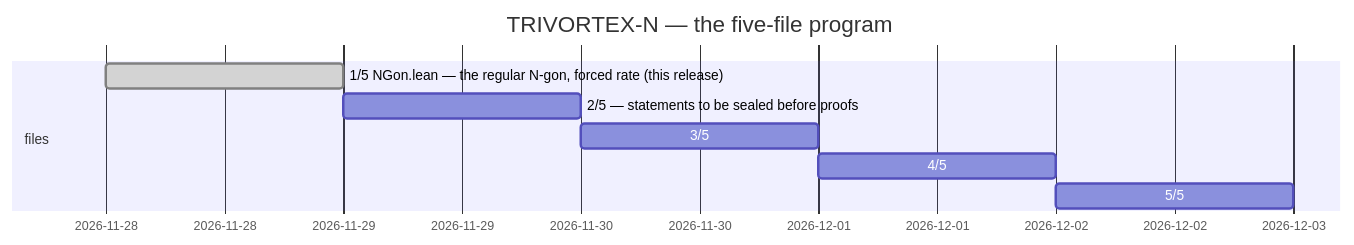
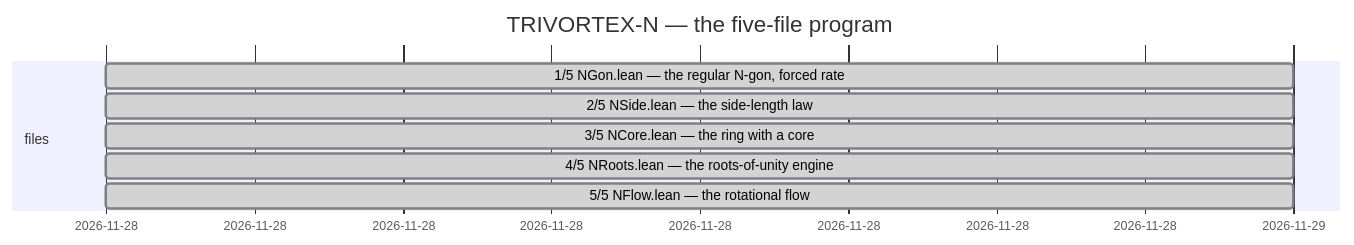
The fourth of 4 diagrams in verification/NGoen_lean4/README.md (wild8highlander/Trivortex), drawn with Mermaid before and after one commit. The commit also changed other lines of this file and 32 other files, not shown here.

````diff
--- a/verification/NGoen_lean4/README.md
+++ b/verification/NGoen_lean4/README.md
@@ -422,11 +430,11 @@
 ```mermaid
 gantt
   title TRIVORTEX-N — the five-file program
   dateFormat YYYY-MM-DD
   section files
-  1/5 NGon.lean — the regular N-gon, forced rate (this release) :done, f1, 2026-11-28, 1d
-  2/5 — statements to be sealed before proofs                    :f2, after f1, 1d
-  3/5                                                            :f3, after f2, 1d
-  4/5                                                            :f4, after f3, 1d
-  5/5                                                            :f5, after f4, 1d
+  1/5 NGon.lean — the regular N-gon, forced rate      :done, f1, 2026-11-28, 1d
+  2/5 NSide.lean — the side-length law                :done, f2, 2026-11-28, 1d
+  3/5 NCore.lean — the ring with a core               :done, f3, 2026-11-28, 1d
+  4/5 NRoots.lean — the roots-of-unity engine         :done, f4, 2026-11-28, 1d
+  5/5 NFlow.lean — the rotational flow                :done, f5, 2026-11-28, 1d
 ```
````
